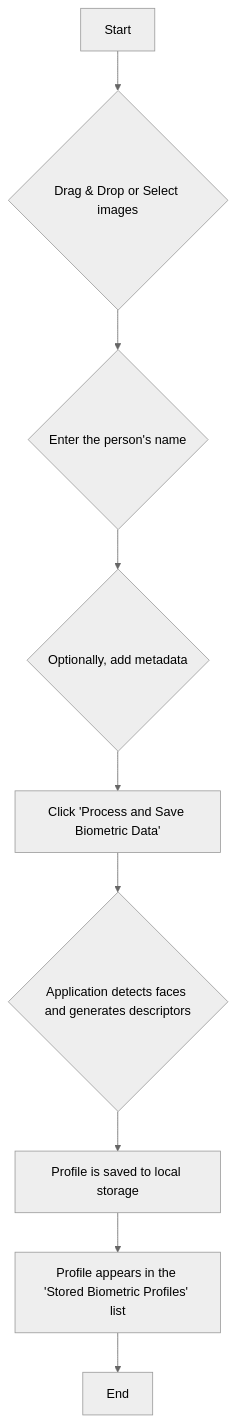
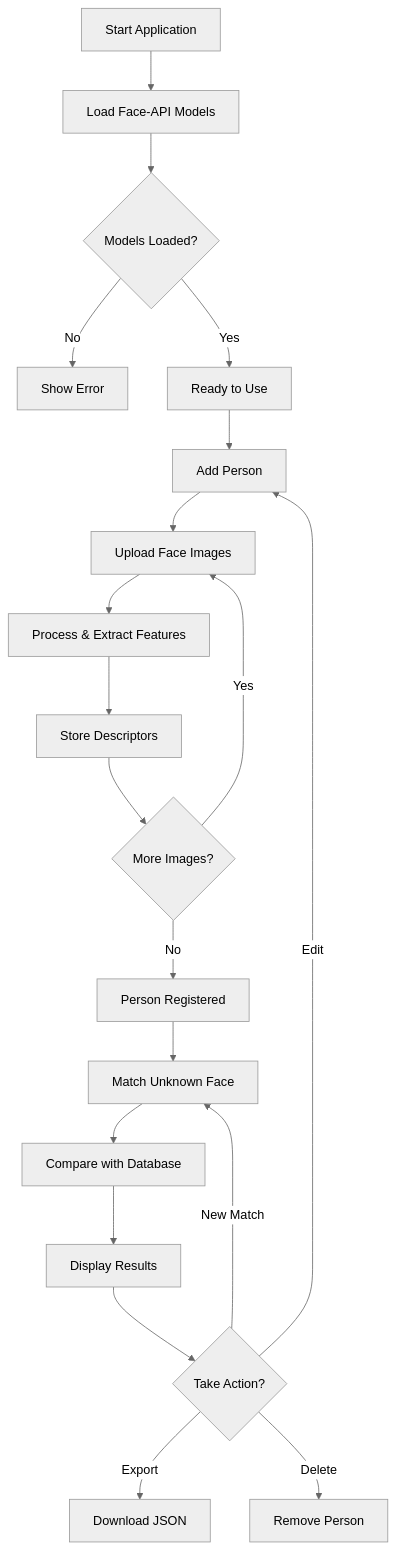
One commit to boristhegod/xsukax-Face-Recognition-Biometric-Manager changed the first of 2 diagrams in README.md. Above: the diagram before and after it, drawn with Mermaid (neutral theme). The commit also changed other lines of this file, not shown here.

````diff
--- a/README.md
+++ b/README.md
@@ -76,11 +123,22 @@
 ```mermaid
 graph TD
-    A[Start] --> B{Drag & Drop or Select images};
-    B --> C{Enter the person's name};
-    C --> D{Optionally, add metadata};
-    D --> E[Click 'Process and Save Biometric Data'];
-    E --> F{Application detects faces and generates descriptors};
-    F --> G[Profile is saved to local storage];
-    G --> H[Profile appears in the 'Stored Biometric Profiles' list];
-    H --> I[End];
+    A[Start Application] --> B[Load Face-API Models]
+    B --> C{Models Loaded?}
+    C -->|No| D[Show Error]
+    C -->|Yes| E[Ready to Use]
+    E --> F[Add Person]
+    F --> G[Upload Face Images]
+    G --> H[Process & Extract Features]
+    H --> I[Store Descriptors]
+    I --> J{More Images?}
+    J -->|Yes| G
+    J -->|No| K[Person Registered]
+    K --> L[Match Unknown Face]
+    L --> M[Compare with Database]
+    M --> N[Display Results]
+    N --> O{Take Action?}
+    O -->|Export| P[Download JSON]
+    O -->|Edit| F
+    O -->|Delete| Q[Remove Person]
+    O -->|New Match| L
 ```
````
